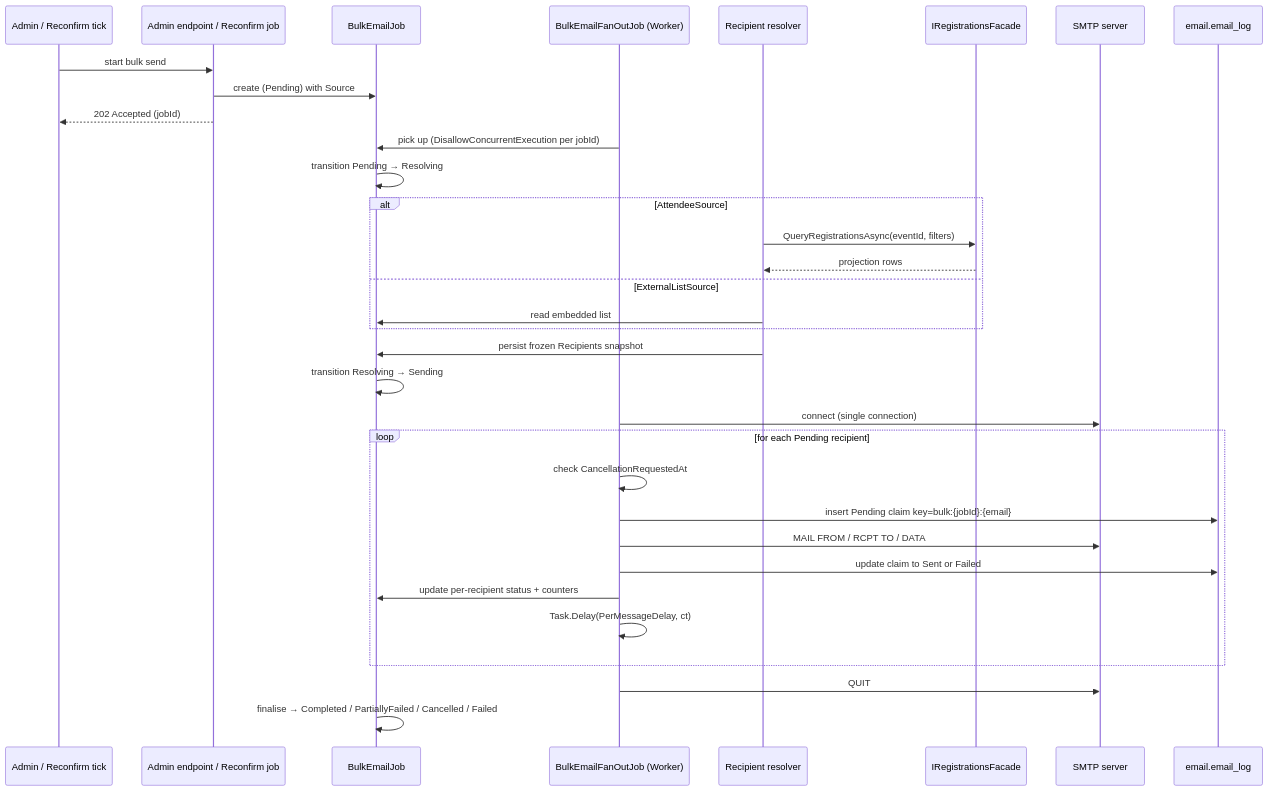
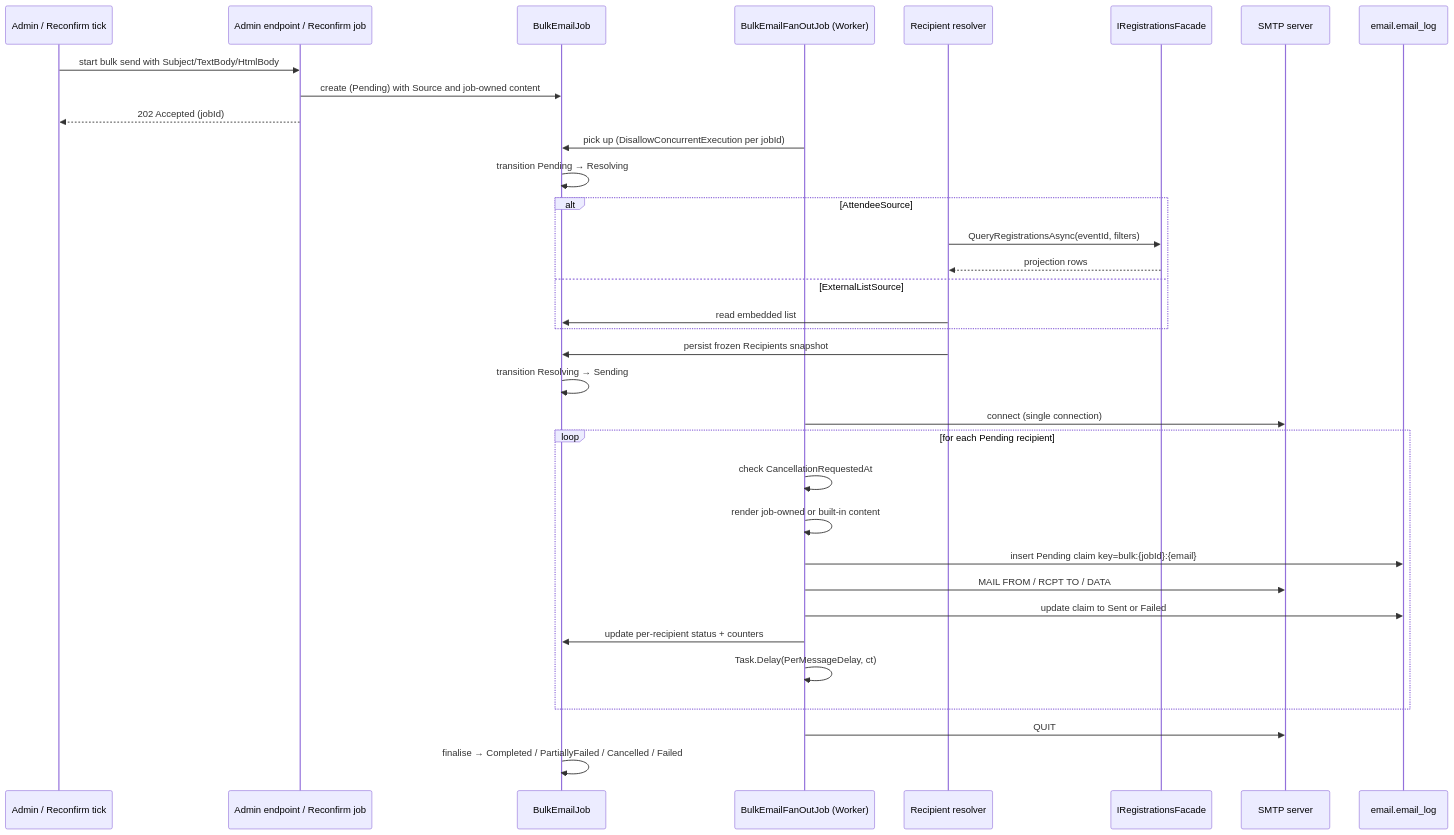
Before and after one commit to amolenk/Admitto: the eighth of 11 diagrams in docs/arc42/06-runtime-view.md, drawn with Mermaid. The commit also changed other lines of this file and 167 other files, not shown here.

````diff
--- a/docs/arc42/06-runtime-view.md
+++ b/docs/arc42/06-runtime-view.md
@@ -238,36 +237,37 @@
 ```mermaid
 sequenceDiagram
     participant Admin as Admin / Reconfirm tick
     participant Endpoint as Admin endpoint / Reconfirm job
     participant Job as BulkEmailJob
     participant FanOut as BulkEmailFanOutJob (Worker)
     participant Resolver as Recipient resolver
     participant Facade as IRegistrationsFacade
     participant SMTP as SMTP server
     participant EmailLog as email.email_log
 
-    Admin->>Endpoint: start bulk send
-    Endpoint->>Job: create (Pending) with Source
+    Admin->>Endpoint: start bulk send with Subject/TextBody/HtmlBody
+    Endpoint->>Job: create (Pending) with Source and job-owned content
     Endpoint-->>Admin: 202 Accepted (jobId)
     FanOut->>Job: pick up (DisallowConcurrentExecution per jobId)
     Job->>Job: transition Pending → Resolving
     alt AttendeeSource
       Resolver->>Facade: QueryRegistrationsAsync(eventId, filters)
       Facade-->>Resolver: projection rows
     else ExternalListSource
       Resolver->>Job: read embedded list
     end
     Resolver->>Job: persist frozen Recipients snapshot
     Job->>Job: transition Resolving → Sending
     FanOut->>SMTP: connect (single connection)
     loop for each Pending recipient
       FanOut->>FanOut: check CancellationRequestedAt
+      FanOut->>FanOut: render job-owned or built-in content
       FanOut->>EmailLog: insert Pending claim key=bulk:{jobId}:{email}
       FanOut->>SMTP: MAIL FROM / RCPT TO / DATA
       FanOut->>EmailLog: update claim to Sent or Failed
       FanOut->>Job: update per-recipient status + counters
       FanOut->>FanOut: Task.Delay(PerMessageDelay, ct)
     end
     FanOut->>SMTP: QUIT
     Job->>Job: finalise → Completed / PartiallyFailed / Cancelled / Failed
 ```
````
